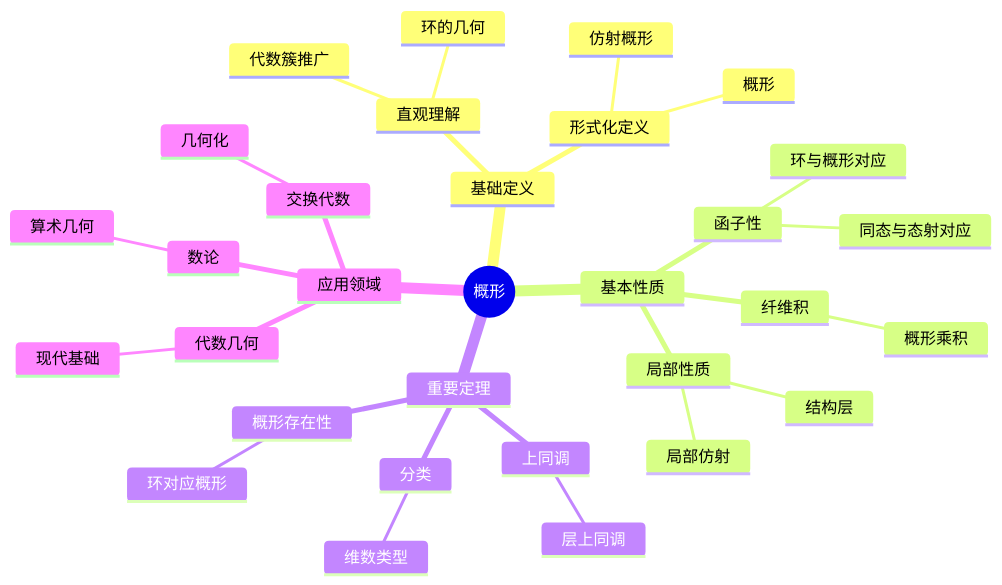
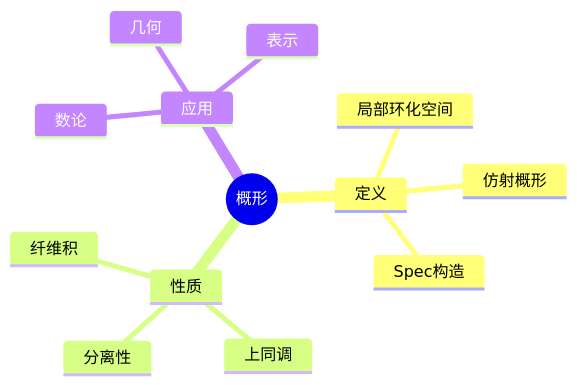
Before and after one commit to AdaMartin18010/FormalMath: the first of 11 diagrams in concept/核心概念/21-概形.md, drawn with Mermaid. The commit also changed other lines of this file and 4793 other files, not shown here.

````diff
--- a/concept/核心概念/21-概形.md
+++ b/concept/核心概念/21-概形.md
@@ -494,34 +1123,16 @@
 ```mermaid
 mindmap
   root((概形))
-    基础定义
-      直观理解
-        代数簇推广
-        环的几何
-      形式化定义
-        仿射概形
-        概形
-    基本性质
-      局部性质
-        局部仿射
-        结构层
-      函子性
-        环与概形对应
-        同态与态射对应
+    定义
+      局部环化空间
+      仿射概形
+      Spec构造
+    性质
       纤维积
-        概形乘积
-    重要定理
-      概形存在性
-        环对应概形
       上同调
-        层上同调
-      分类
-        维数类型
-    应用领域
-      代数几何
-        现代基础
+      分离性
+    应用
       数论
-        算术几何
-      交换代数
-        几何化
+      几何
+      表示
 ```
````
